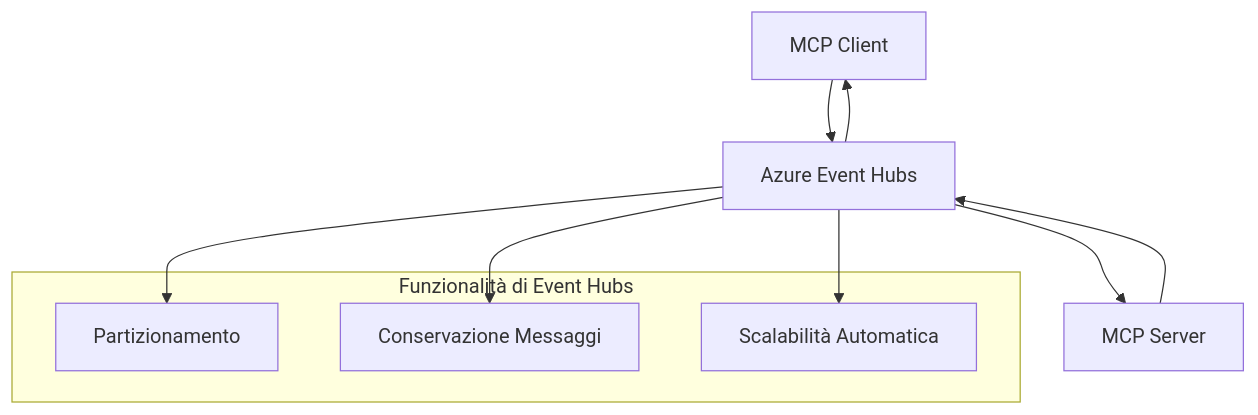
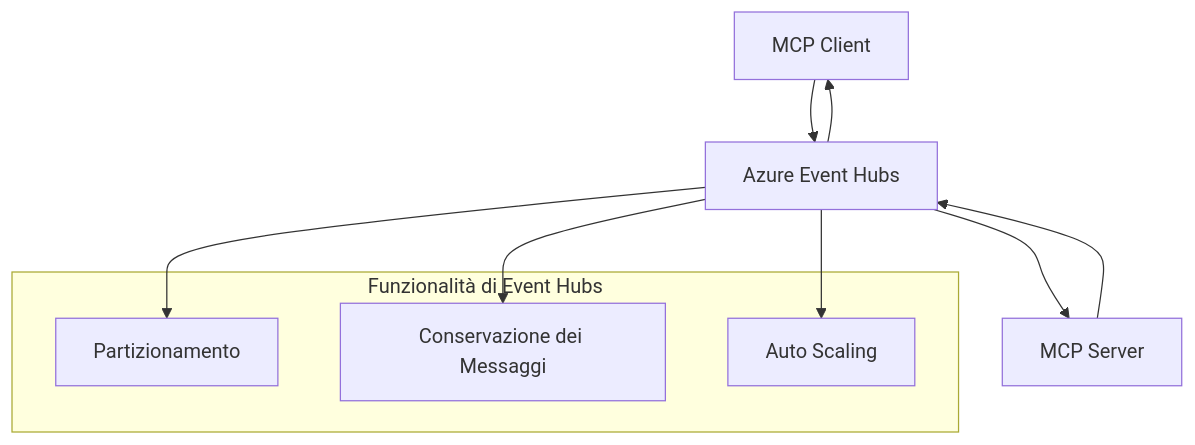
The second of 2 diagrams in mcp_ecosystem__model_context_protocol/mcp_learning_resources/mcp-for-beginners/translations/it/05-AdvancedTopics/mcp-transport/README.md (HIDORAKAI002/ai-workspace-archive), drawn with Mermaid before and after one commit. The commit also changed other lines of this file and 1046 other files, not shown here.

````diff
--- a/mcp_ecosystem__model_context_protocol/mcp_learning_resources/mcp-for-beginners/translations/it/05-AdvancedTopics/mcp-transport/README.md
+++ b/mcp_ecosystem__model_context_protocol/mcp_learning_resources/mcp-for-beginners/translations/it/05-AdvancedTopics/mcp-transport/README.md
@@ -270,17 +272,17 @@
 ```mermaid
 graph TB
     Client[MCP Client] --> EH[Azure Event Hubs]
     EH --> Server[MCP Server]
     Server --> EH
     EH --> Client
     
     subgraph "Funzionalità di Event Hubs"
         Partition[Partizionamento]
-        Retention[Conservazione Messaggi]
-        Scaling[Scalabilità Automatica]
+        Retention[Conservazione dei Messaggi]
+        Scaling[Auto Scaling]
     end
     
     EH --> Partition
     EH --> Retention
     EH --> Scaling
 ```
````
